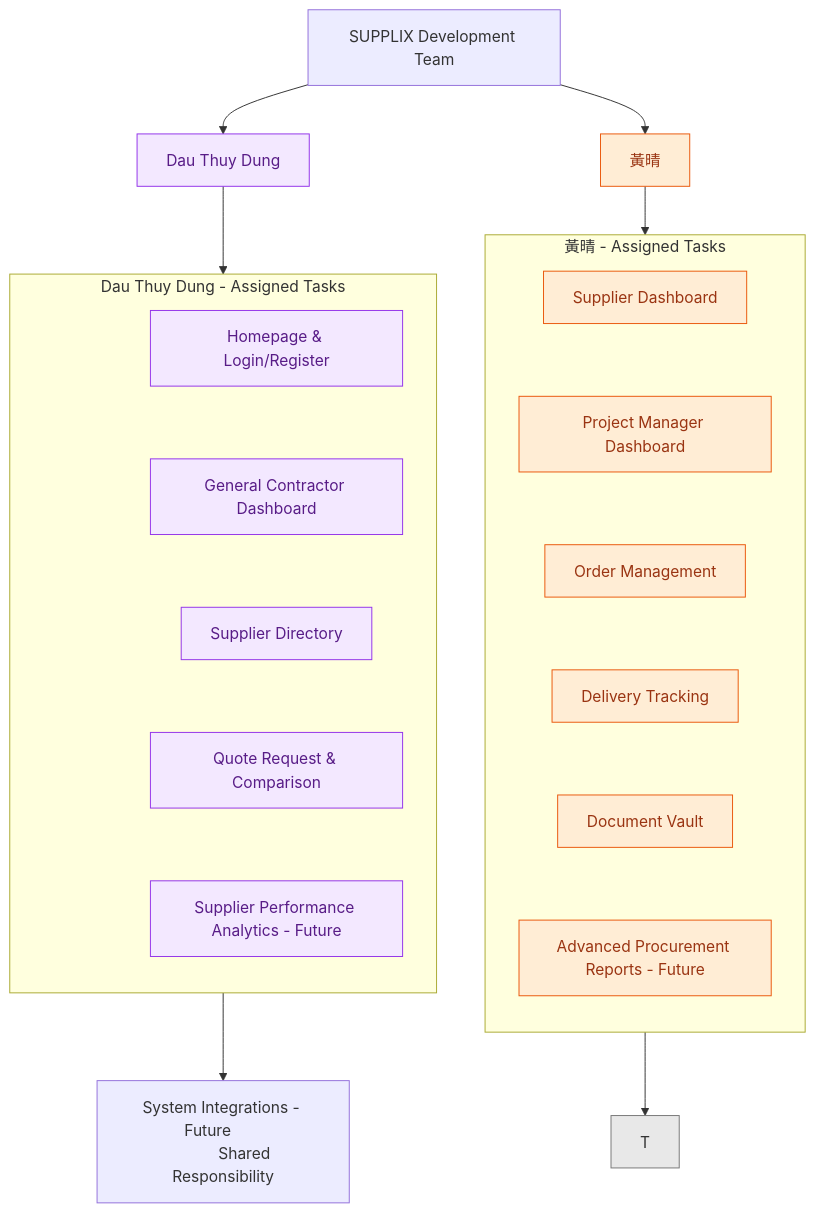
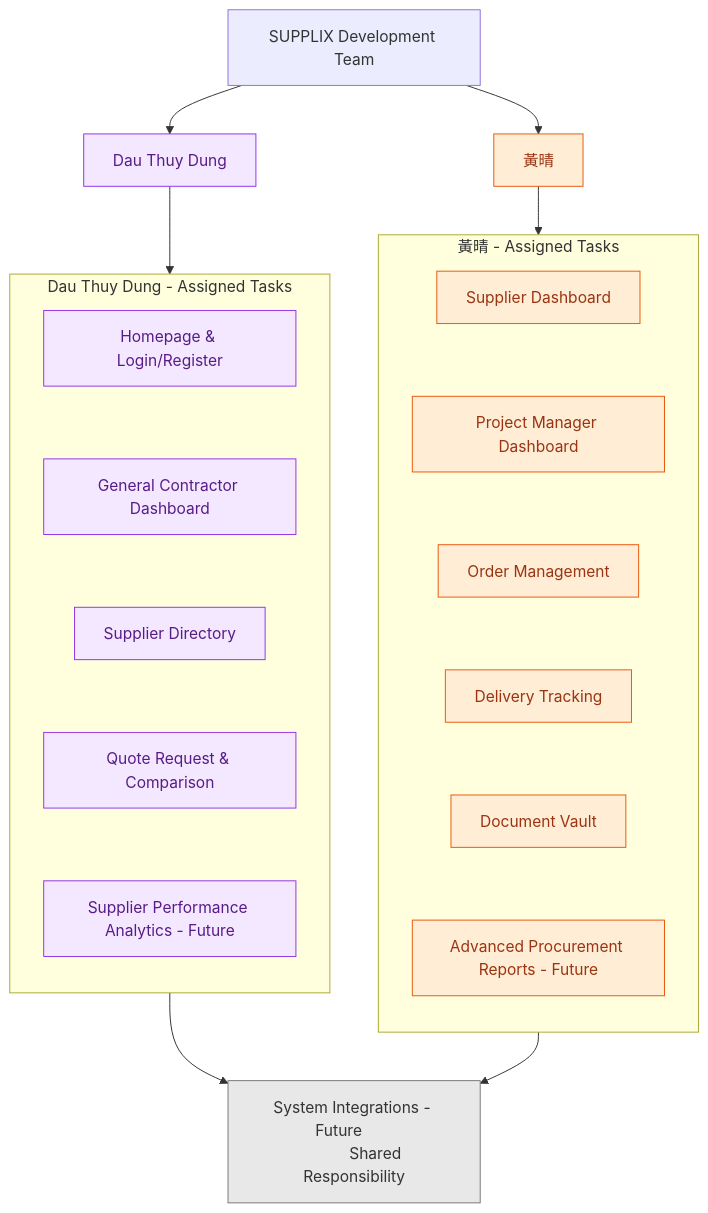
One commit to dauthuydung/construction-supplier-management-SUPPLIX changed the second of 2 diagrams in README.md. Above: the diagram before and after it, drawn with Mermaid.

Commit message:
2.2 Detailed modifications

````diff
--- a/README.md
+++ b/README.md
@@ -110,54 +110,51 @@
 ```mermaid
 flowchart TB
     A["　SUPPLIX Development Team　"]
 
     A --> B["Dau Thuy Dung"]
     A --> C["黃晴"]
 
     subgraph M1["Dau Thuy Dung - Assigned Tasks"]
         direction TB
-        SPACER1["　　　　　　　　　　　　"]
         D["Homepage & Login/Register"]
         E["General Contractor Dashboard"]
         F["Supplier Directory"]
         G["Quote Request & Comparison"]
         R["Supplier Performance Analytics - Future"]
 
         D ~~~ E
         E ~~~ F
         F ~~~ G
         G ~~~ R
     end
 
     subgraph M2["黃晴 - Assigned Tasks"]
         direction TB
         H["Supplier Dashboard"]
         I["Project Manager Dashboard"]
         J["Order Management"]
         K["Delivery Tracking"]
         L["Document Vault"]
         S["Advanced Procurement Reports - Future"]
 
         H ~~~ I
         I ~~~ J
         J ~~~ K
         K ~~~ L
         L ~~~ S
     end
 
     B --> M1
     C --> M2
 
-    M1 --> TT["　　System Integrations - Future　　<br/>　　　Shared Responsibility　　　"]
+    M1 --> T["　　System Integrations - Future　　<br/>　　　Shared Responsibility　　　"]
     M2 --> T
 
     classDef member1 fill:#F3E8FF,stroke:#9333EA,color:#581C87
     classDef member2 fill:#FFEDD5,stroke:#EA580C,color:#9A3412
     classDef shared fill:#E8E8E8,stroke:#777777,color:#333333
-    classDef hidden fill:none,stroke:none,color:transparent
-    class SPACER1 hidden
 
     class B,D,E,F,G,R member1
     class C,H,I,J,K,L,S member2
     class T shared
 ```
````
